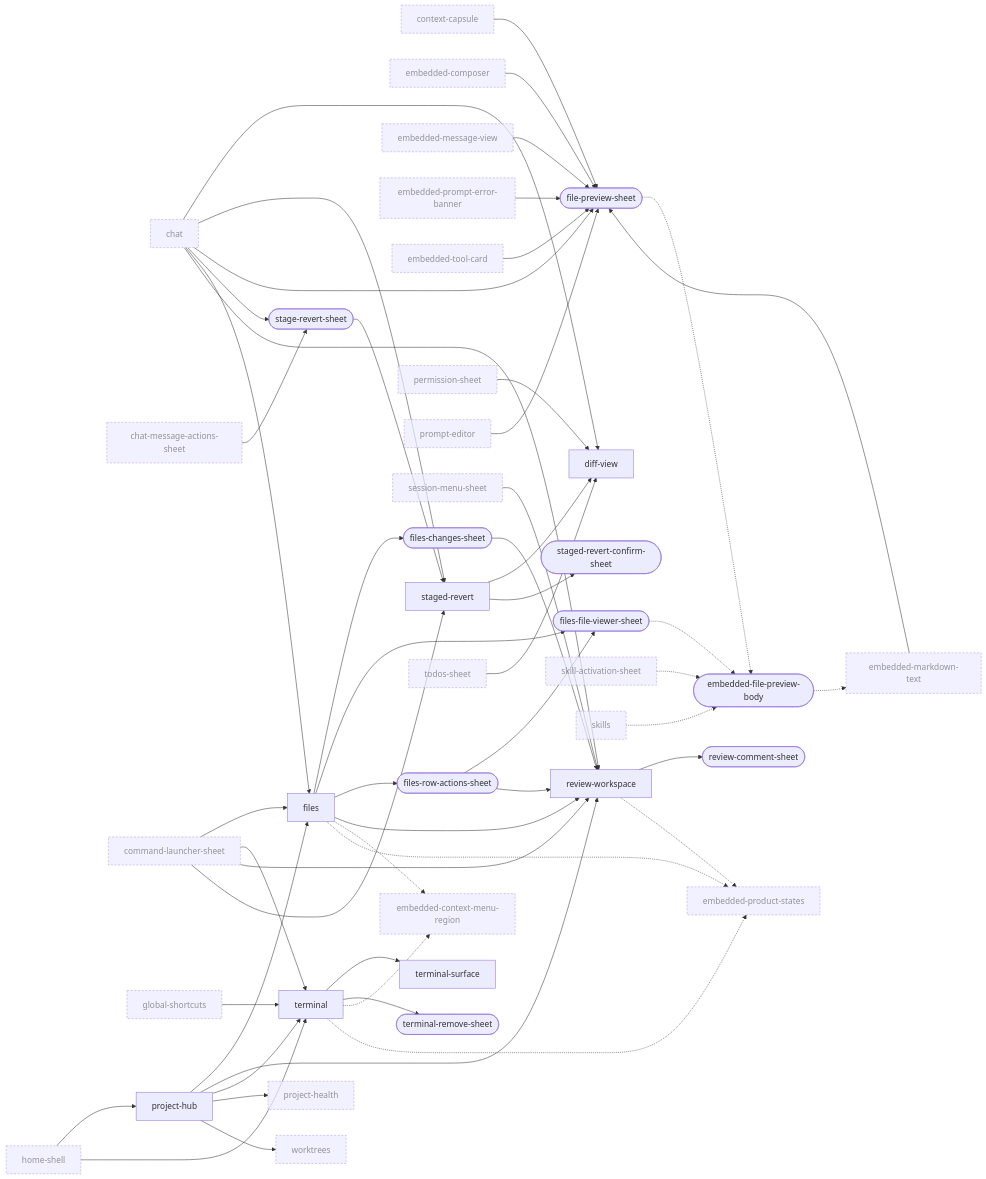
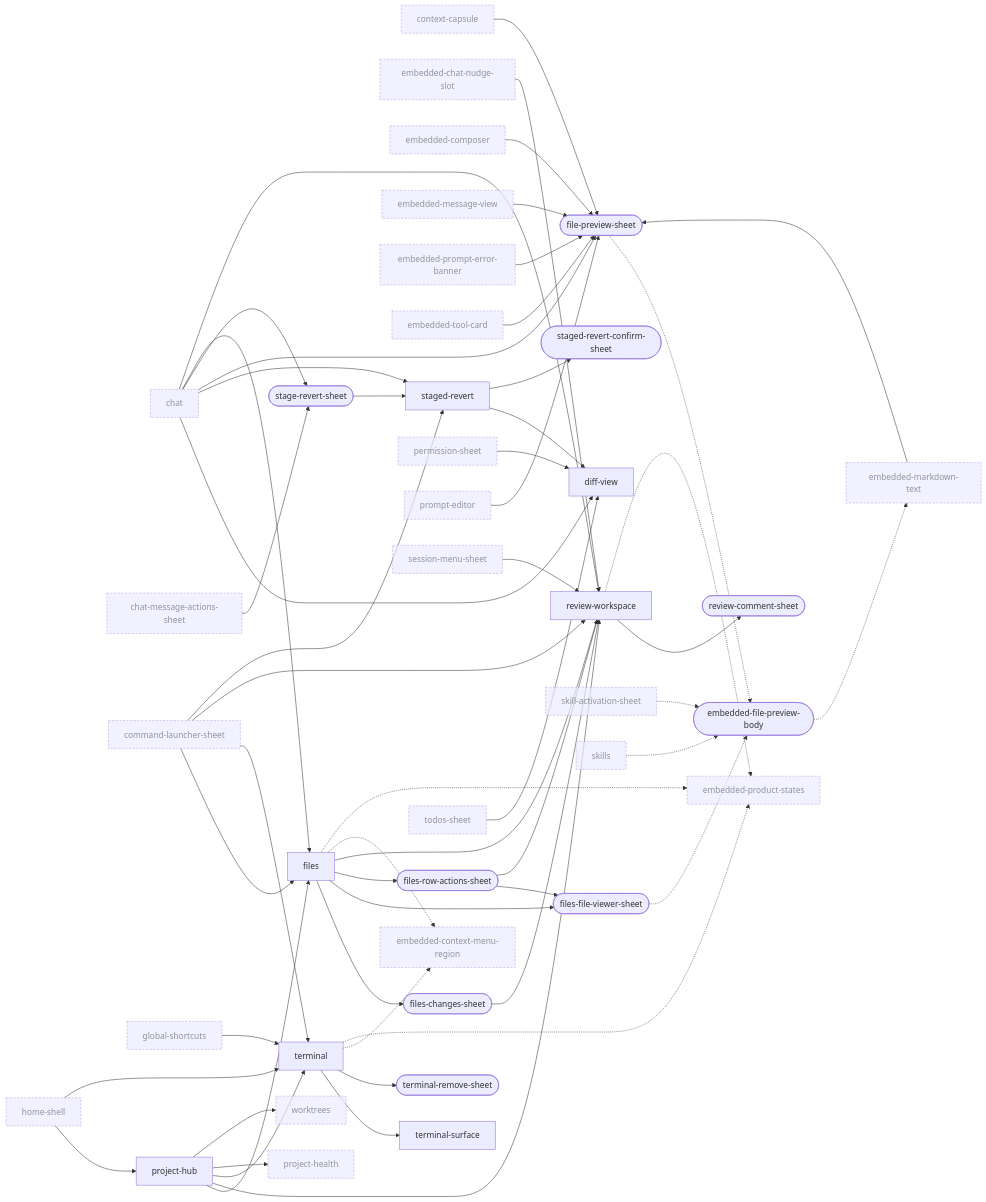
Before and after one commit to Breskott/opencode-mobile-next: the fourth of 10 diagrams in docs/design/ui-ledger/navigation.md, drawn with Mermaid. The commit also changed other lines of this file and 8 other files, not shown here.

```diff
--- a/docs/design/ui-ledger/navigation.md
+++ b/docs/design/ui-ledger/navigation.md
@@ -573,6 +577,7 @@
   command_launcher_sheet["command-launcher-sheet"]:::ext
   context_capsule["context-capsule"]:::ext
   diff_view["diff-view"]
+  embedded_chat_nudge_slot["embedded-chat-nudge-slot"]:::ext
   embedded_composer["embedded-composer"]:::ext
   embedded_context_menu_region["embedded-context-menu-region"]:::ext
   embedded_file_preview_body(["embedded-file-preview-body"])
@@ -621,6 +626,7 @@
   embedded_composer --> file_preview_sheet
   prompt_editor --> file_preview_sheet
   embedded_message_view --> file_preview_sheet
+  embedded_chat_nudge_slot --> review_workspace
   permission_sheet --> diff_view
   embedded_tool_card --> file_preview_sheet
   embedded_markdown_text --> file_preview_sheet
```
